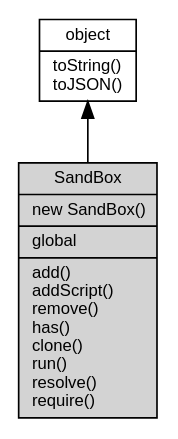
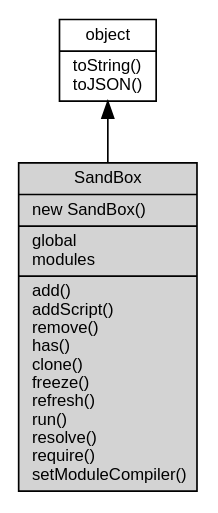
One commit to FIBOSIO/fibos.io changed the diagram in docs/manual/object/ifs/SandBox.md. Above: the diagram before and after it, drawn with Graphviz. The commit also changed other lines of this file and 36 other files, not shown here.

````diff
--- a/docs/manual/object/ifs/SandBox.md
+++ b/docs/manual/object/ifs/SandBox.md
@@ -18,10 +18,10 @@
 ```dot
 digraph {
     node [fontname="Helvetica,sans-Serif", fontsize=10, shape="record", style="filled", fillcolor="white"];
 
     object [tooltip="object", URL="object.md", label="{object|toString()\ltoJSON()\l}"];
-    SandBox [tooltip="SandBox", fillcolor="lightgray", id="me", label="{SandBox|new SandBox()\l|global\l|add()\laddScript()\lremove()\lhas()\lclone()\lrun()\lresolve()\lrequire()\l}"];
+    SandBox [tooltip="SandBox", fillcolor="lightgray", id="me", label="{SandBox|new SandBox()\l|global\lmodules\l|add()\laddScript()\lremove()\lhas()\lclone()\lfreeze()\lrefresh()\lrun()\lresolve()\lrequire()\lsetModuleCompiler()\l}"];
 
     object -> SandBox [dir=back];
 }
 ```
````
